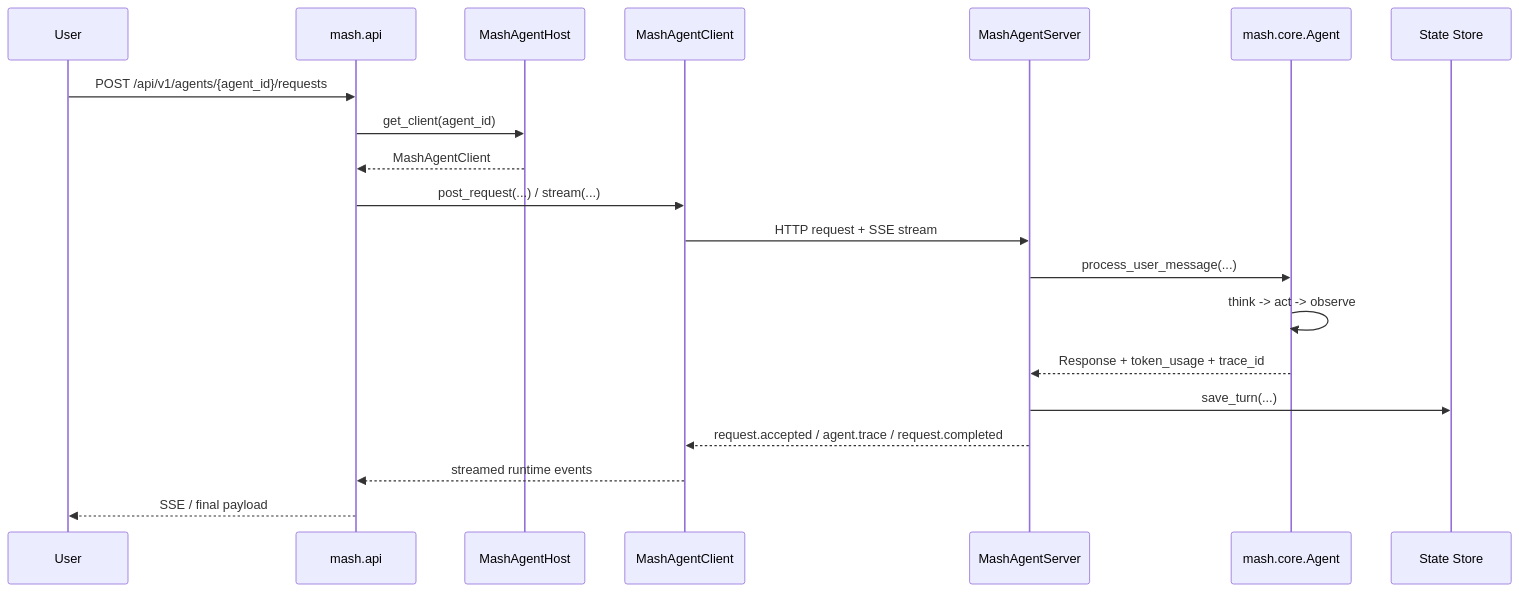
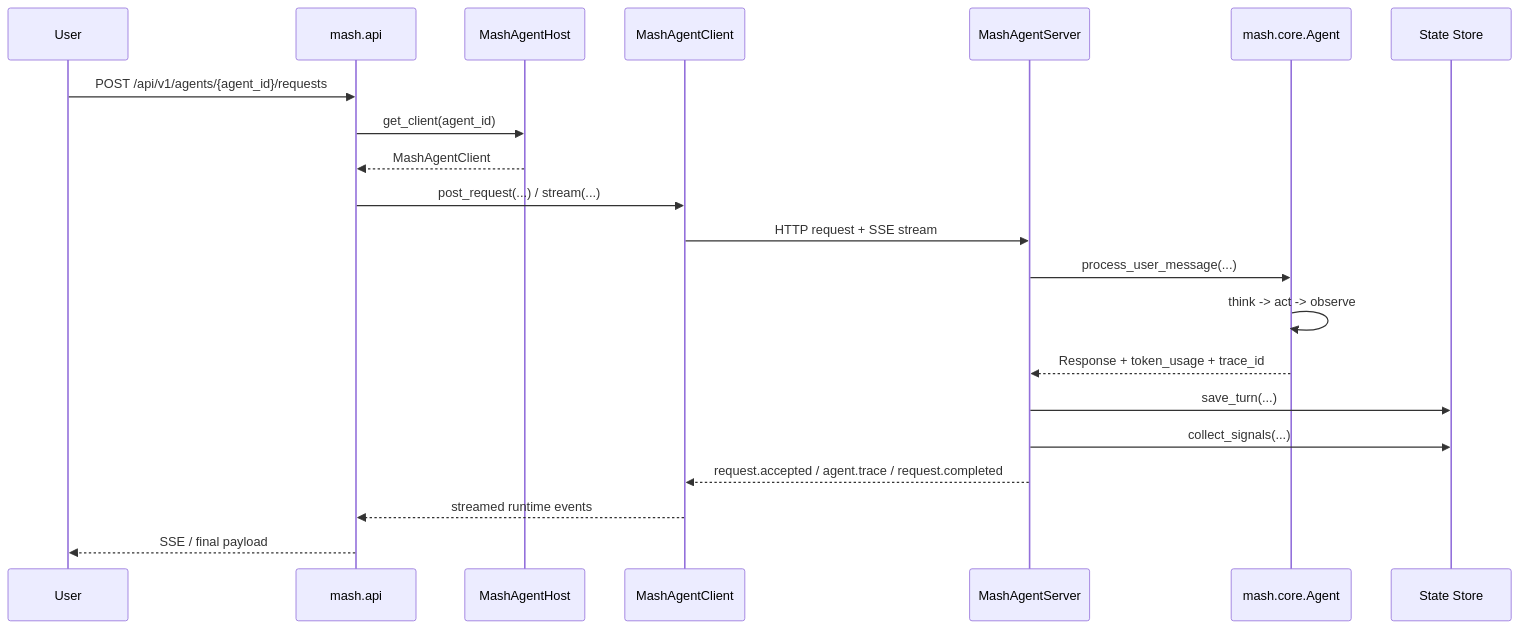
Before and after one commit to imsid/mashpy: the second of 3 diagrams in README.md, drawn with Mermaid. The commit also changed other lines of this file and 9 other files, not shown here.

````diff
--- a/README.md
+++ b/README.md
@@ -109,24 +108,25 @@
 ```mermaid
 sequenceDiagram
     participant User
     participant API as mash.api
     participant Host as MashAgentHost
     participant Client as MashAgentClient
     participant Runtime as MashAgentServer
     participant Agent as mash.core.Agent
     participant Store as State Store
 
     User->>API: POST /api/v1/agents/{agent_id}/requests
     API->>Host: get_client(agent_id)
     Host-->>API: MashAgentClient
     API->>Client: post_request(...) / stream(...)
     Client->>Runtime: HTTP request + SSE stream
     Runtime->>Agent: process_user_message(...)
     Agent->>Agent: think -> act -> observe
     Agent-->>Runtime: Response + token_usage + trace_id
     Runtime->>Store: save_turn(...)
+    Runtime->>Store: collect_signals(...)
     Runtime-->>Client: request.accepted / agent.trace / request.completed
     Client-->>API: streamed runtime events
     API-->>User: SSE / final payload
 
 ```
````
